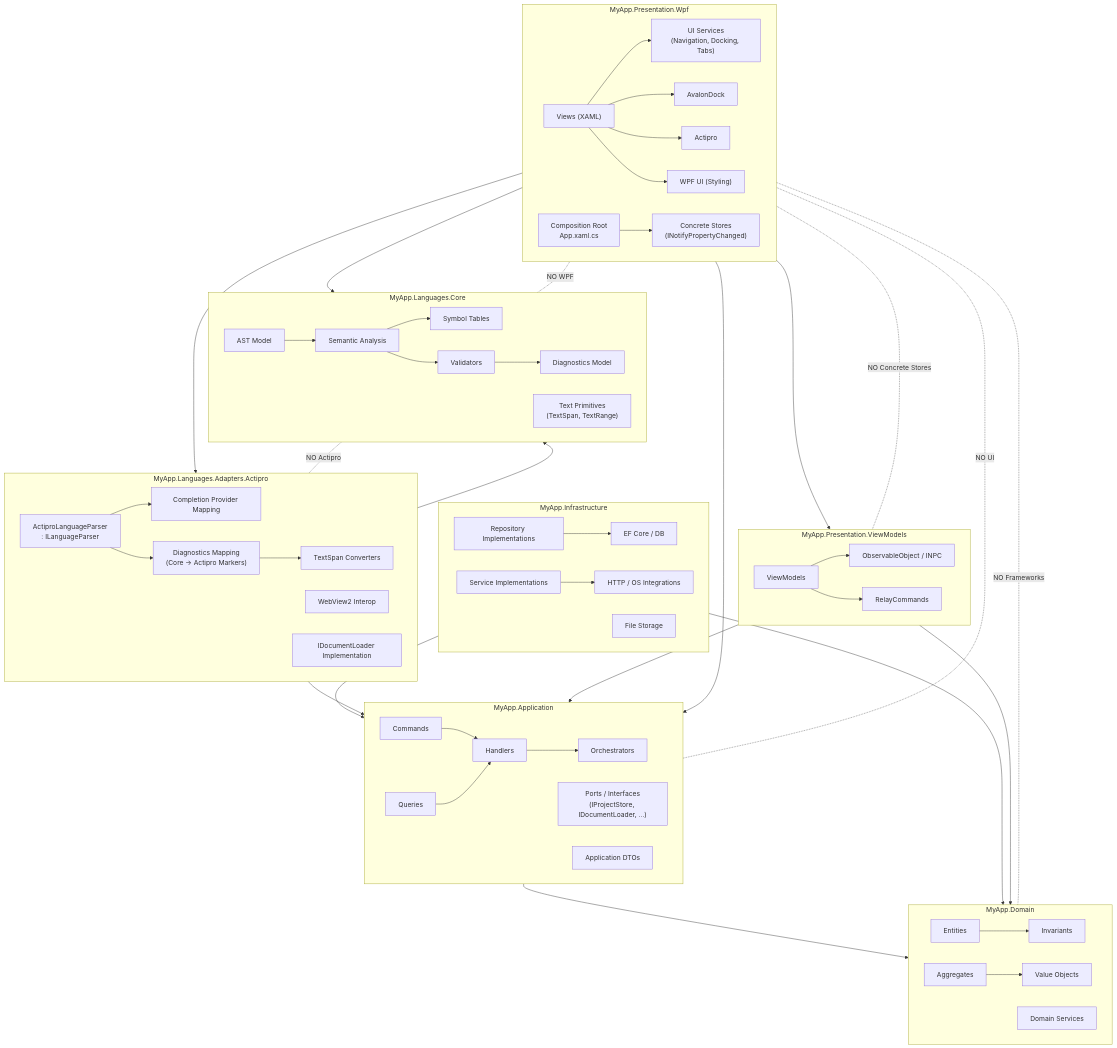
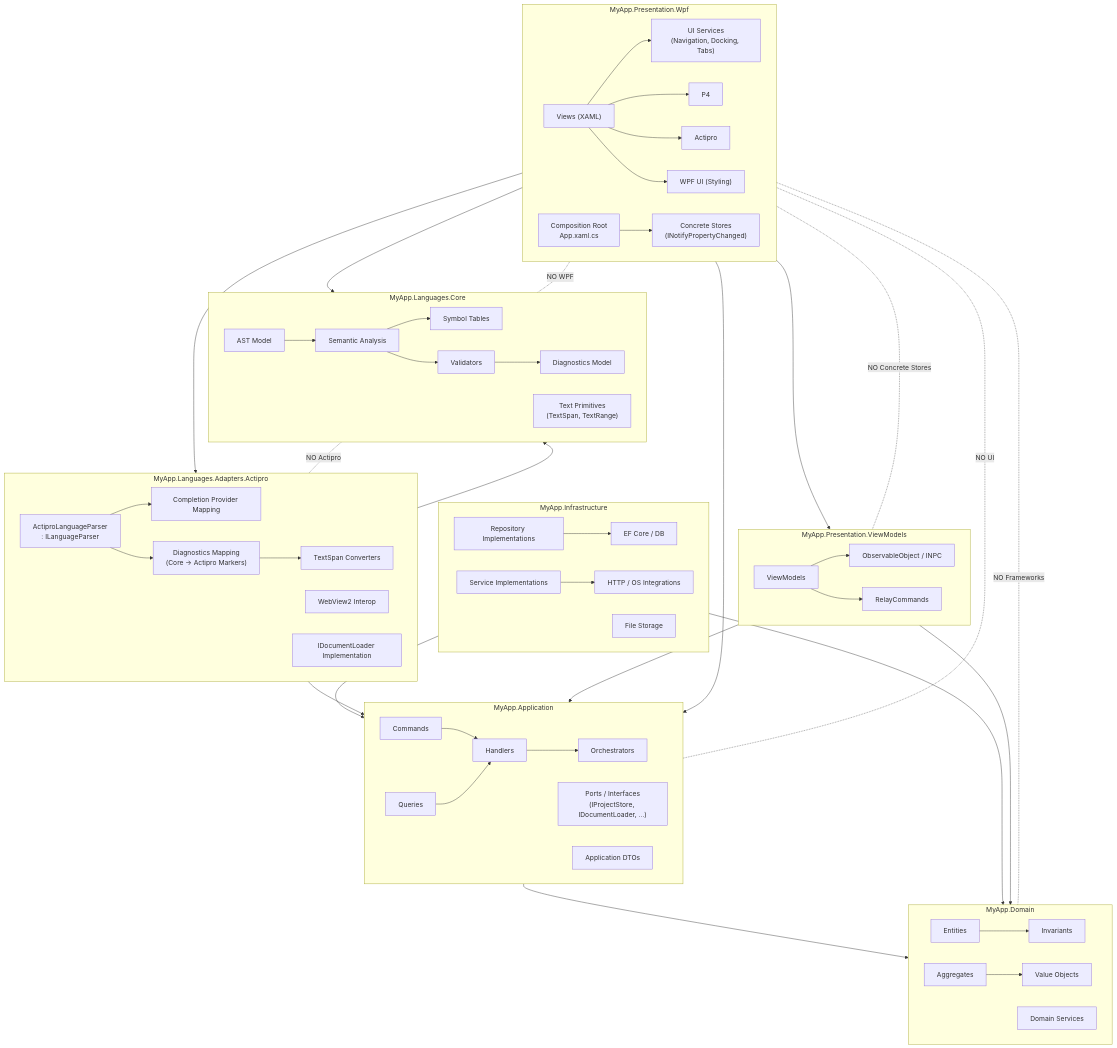
One commit to nubaum/blueprint changed the diagram in README.md. Above: the diagram before and after it, drawn with Mermaid. The commit also changed other lines of this file and 5 other files, not shown here.

Commit message:
Removing avalon dock

```diff
--- a/README.md
+++ b/README.md
@@ -353,7 +349,6 @@
     P1["Views (XAML)"]
     P2["Concrete Stores<br/>(INotifyPropertyChanged)"]
     P3["UI Services<br/>(Navigation, Docking, Tabs)"]
-    P4["AvalonDock"]
     P5["Actipro"]
     P6["WPF UI (Styling)"]
     P7["Composition Root<br/>App.xaml.cs"]
```
